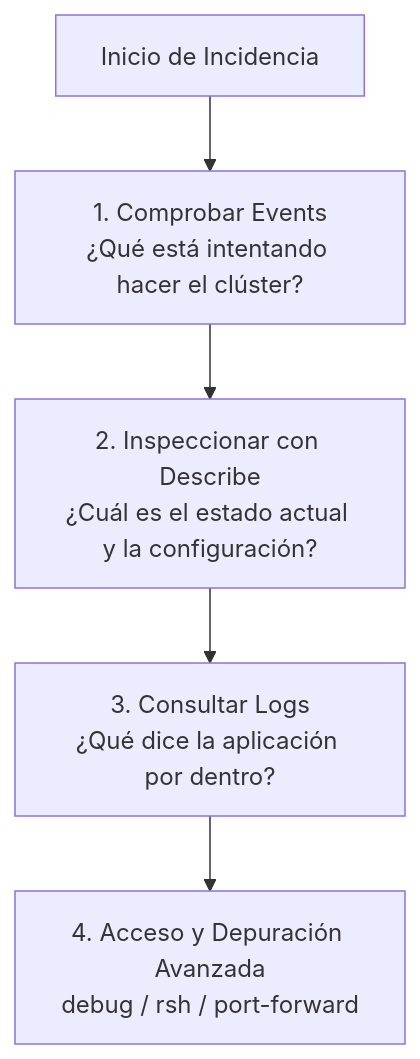
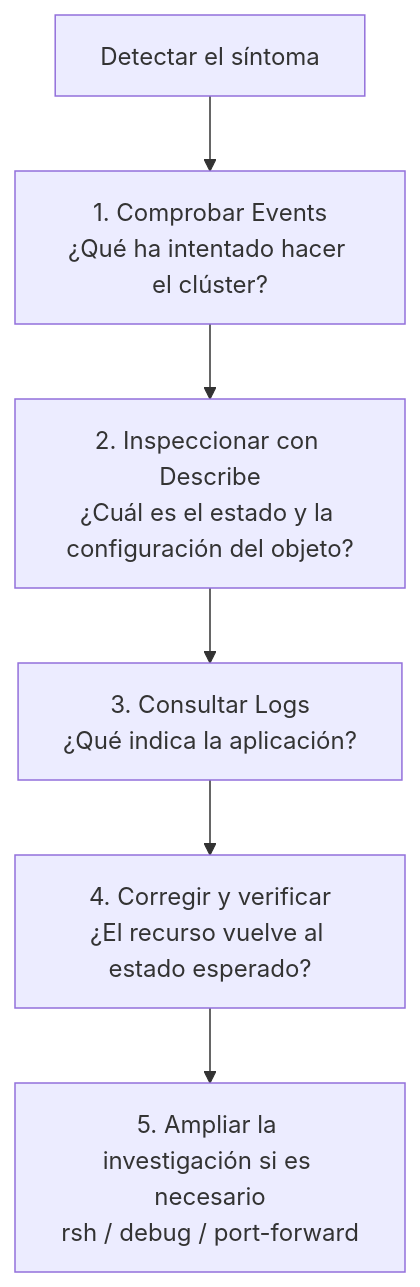
The first of 2 diagrams in docs/sesion3/3.5 Diagnostico de incidencias.md (ieftraining/curso-openshift), drawn with Mermaid before and after one commit. The commit also changed other lines of this file, not shown here.

````diff
--- a/docs/sesion3/3.5 Diagnostico de incidencias.md
+++ b/docs/sesion3/3.5 Diagnostico de incidencias.md
@@ -21,7 +22,8 @@
 ```mermaid
 flowchart TD
-    A[Inicio de Incidencia] --> B[1. Comprobar Events<br>¿Qué está intentando hacer el clúster?]
-    B --> C[2. Inspeccionar con Describe<br>¿Cuál es el estado actual y la configuración?]
-    C --> D[3. Consultar Logs<br>¿Qué dice la aplicación por dentro?]
-    D --> E[4. Acceso y Depuración Avanzada<br>debug / rsh / port-forward]
+    A[Detectar el síntoma] --> B[1. Comprobar Events<br/>¿Qué ha intentado hacer el clúster?]
+    B --> C[2. Inspeccionar con Describe<br/>¿Cuál es el estado y la configuración del objeto?]
+    C --> D[3. Consultar Logs<br/>¿Qué indica la aplicación?]
+    D --> E[4. Corregir y verificar<br/>¿El recurso vuelve al estado esperado?]
+    E --> F[5. Ampliar la investigación si es necesario<br/>rsh / debug / port-forward]
 ```
````
